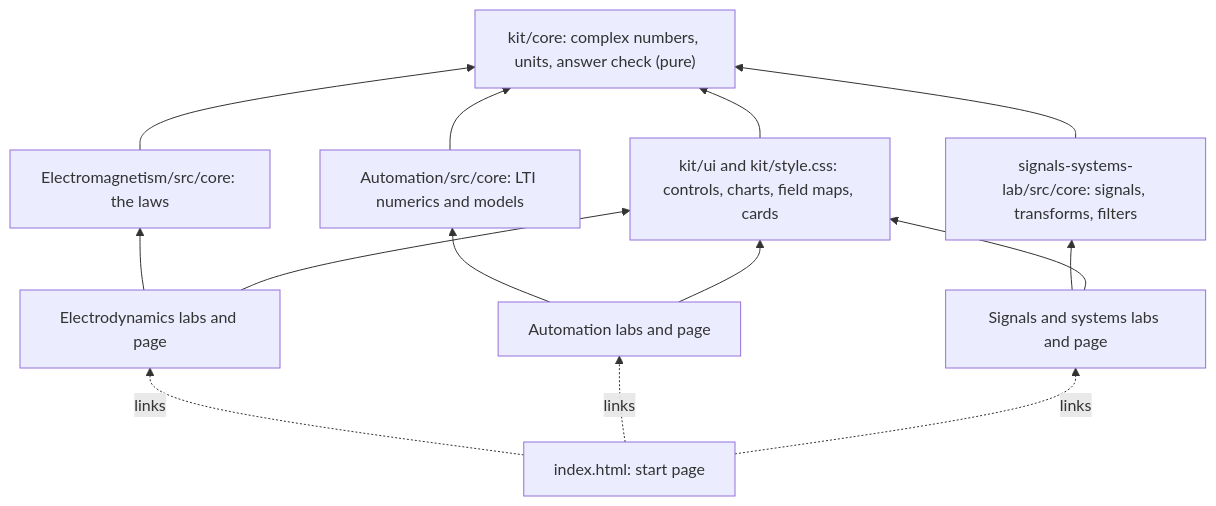
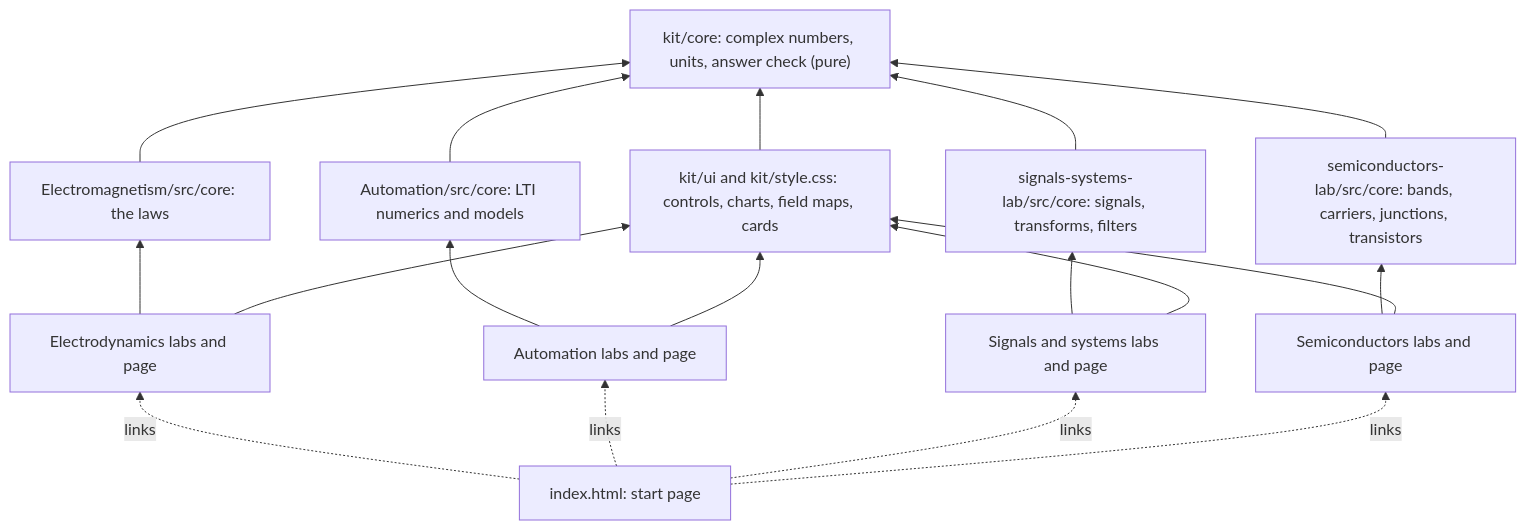
The diagram in README.md (Abdulhamid-Baghdadi/bachelor-lectures-aid-kit), drawn with Mermaid before and after one commit. The commit also changed other lines of this file and 42 other files, not shown here.

First line of the commit message:
Add the Semiconductors Lab on the shared kit

````diff
--- a/README.md
+++ b/README.md
@@ -43,25 +44,31 @@
 ```mermaid
 flowchart BT
   kc["kit/core: complex numbers, units, answer check (pure)"]
   ku["kit/ui and kit/style.css: controls, charts, field maps, cards"]
   ec["Electromagnetism/src/core: the laws"]
   ac["Automation/src/core: LTI numerics and models"]
   sc["signals-systems-lab/src/core: signals, transforms, filters"]
+  hc["semiconductors-lab/src/core: bands, carriers, junctions, transistors"]
   el["Electrodynamics labs and page"]
   al["Automation labs and page"]
   sl["Signals and systems labs and page"]
+  hl["Semiconductors labs and page"]
   start["index.html: start page"]
   ku --> kc
   ec --> kc
   ac --> kc
   sc --> kc
+  hc --> kc
   el --> ec
   el --> ku
   al --> ac
   al --> ku
   sl --> sc
   sl --> ku
+  hl --> hc
+  hl --> ku
   start -. links .-> el
   start -. links .-> al
   start -. links .-> sl
+  start -. links .-> hl
 ```
````
